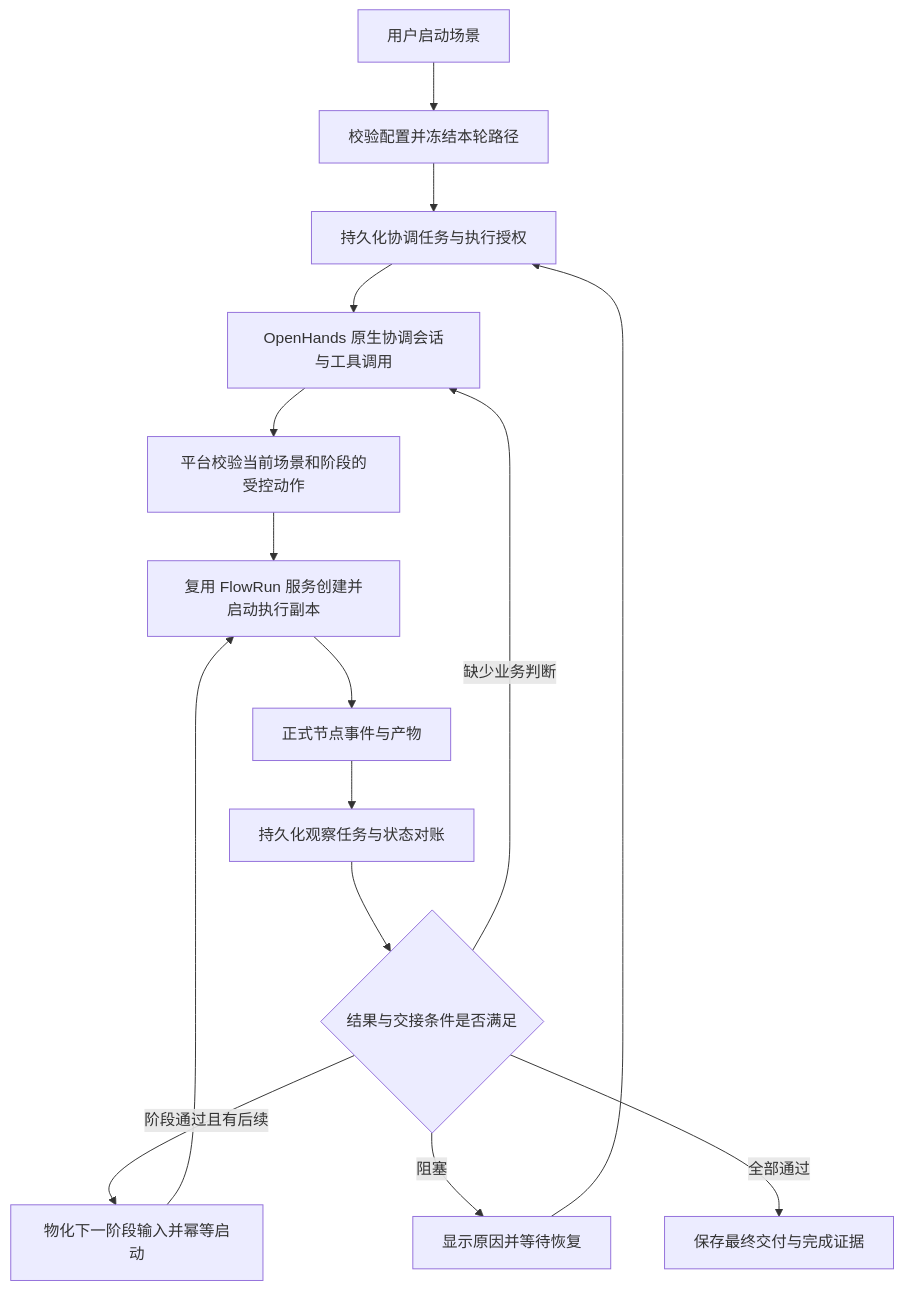
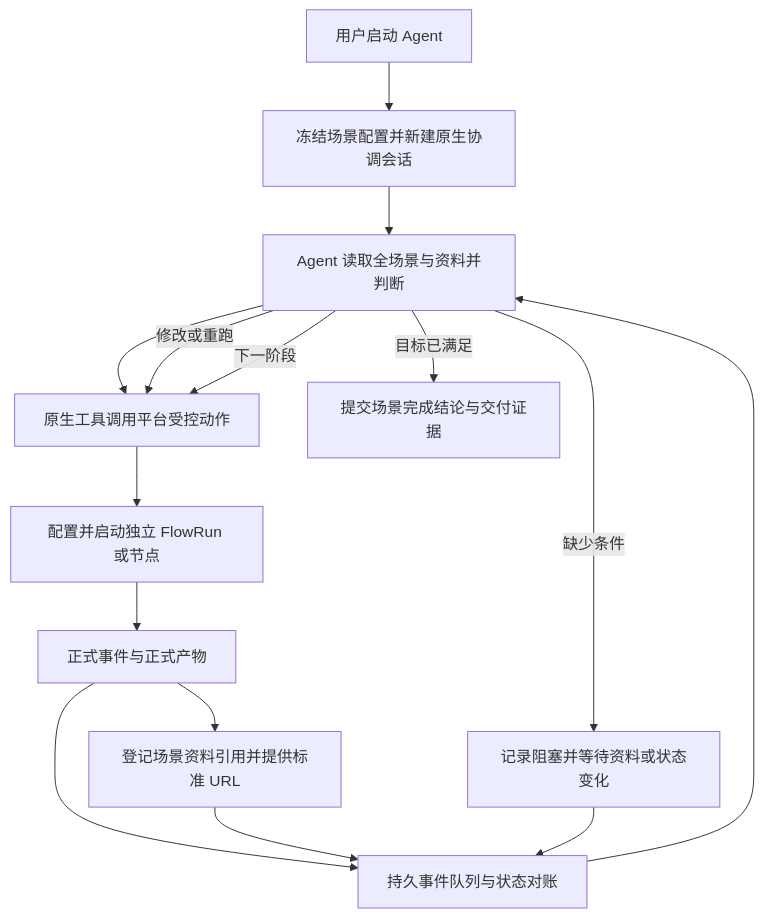
The diagram in docs/case-space-lifecycle-review.md (ZME7777777/FlowWeave), drawn with Mermaid before and after one commit. The commit also changed other lines of this file and 1 other file, not shown here.

Commit message:
docs(cases): define OPS-38 Agent-driven events and artifact coordination

````diff
--- a/docs/case-space-lifecycle-review.md
+++ b/docs/case-space-lifecycle-review.md
@@ -150,17 +207,17 @@
 ```mermaid
 flowchart TD
-    U[用户启动场景] --> C[校验配置并冻结本轮路径]
-    C --> D[持久化协调任务与执行授权]
-    D --> A[OpenHands 原生协调会话与工具调用]
-    A --> P[平台校验当前场景和阶段的受控动作]
-    P --> R[复用 FlowRun 服务创建并启动执行副本]
-    R --> E[正式节点事件与产物]
-    E --> O[持久化观察任务与状态对账]
-    O --> B{结果与交接条件是否满足}
-    B -->|缺少业务判断| A
-    B -->|阶段通过且有后续| N[物化下一阶段输入并幂等启动]
-    N --> R
-    B -->|阻塞| H[显示原因并等待恢复]
-    H --> D
-    B -->|全部通过| F[保存最终交付与完成证据]
+    U[用户启动 Agent] --> C[冻结场景配置并新建原生协调会话]
+    C --> A[Agent 读取全场景与资料并判断]
+    A --> P[原生工具调用平台受控动作]
+    P --> R[配置并启动独立 FlowRun 或节点]
+    R --> E[正式事件与正式产物]
+    E --> M[登记场景资料引用并提供标准 URL]
+    E --> Q[持久事件队列与状态对账]
+    M --> Q
+    Q --> A
+    A -->|修改或重跑| P
+    A -->|下一阶段| P
+    A -->|缺少条件| H[记录阻塞并等待资料或状态变化]
+    H --> Q
+    A -->|目标已满足| F[提交场景完成结论与交付证据]
 ```
````
